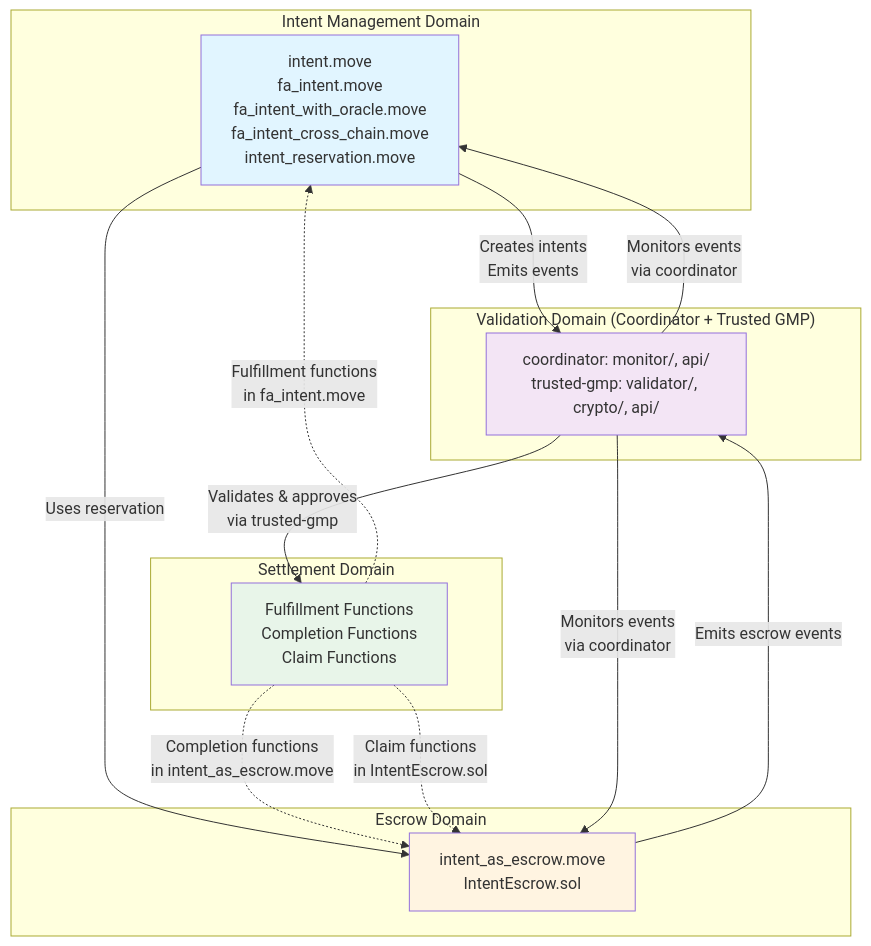
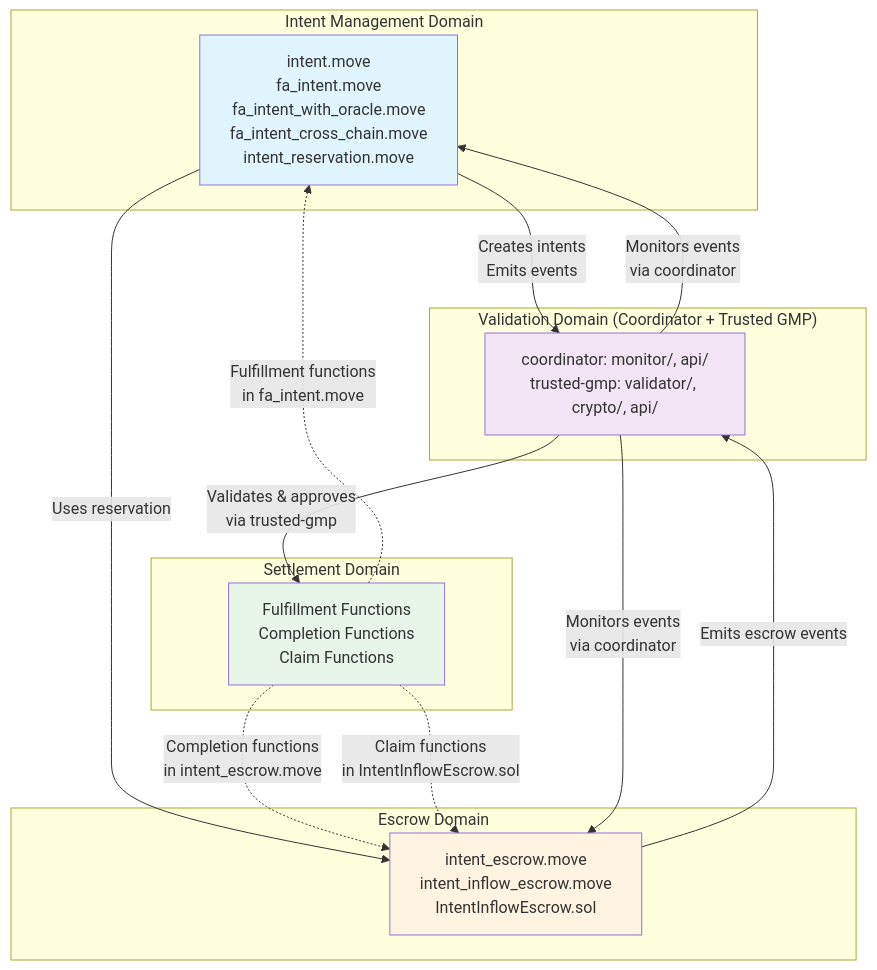
Before and after one commit to MoveIndustries/int3nts: the second of 2 diagrams in docs/architecture/architecture-component-mapping.md, drawn with Mermaid. The commit also changed other lines of this file and 62 other files, not shown here.

````diff
--- a/docs/architecture/architecture-component-mapping.md
+++ b/docs/architecture/architecture-component-mapping.md
@@ -57,33 +57,33 @@
 ```mermaid
 graph TB
     subgraph "Intent Management Domain"
         IM[intent.move<br/>fa_intent.move<br/>fa_intent_with_oracle.move<br/>fa_intent_cross_chain.move<br/>intent_reservation.move]
     end
     
     subgraph "Escrow Domain"
-        EM[intent_as_escrow.move<br/>IntentEscrow.sol]
+        EM[intent_escrow.move<br/>intent_inflow_escrow.move<br/>IntentInflowEscrow.sol]
     end
     
     subgraph "Settlement Domain"
         SM[Fulfillment Functions<br/>Completion Functions<br/>Claim Functions]
     end
     
     subgraph "Validation Domain (Coordinator + Trusted GMP)"
         VM[coordinator: monitor/, api/<br/>trusted-gmp: validator/, crypto/, api/]
     end
     
     IM -->|Creates intents<br/>Emits events| VM
     IM -->|Uses reservation| EM
     EM -->|Emits escrow events| VM
     SM -.->|Fulfillment functions<br/>in fa_intent.move| IM
-    SM -.->|Completion functions<br/>in intent_as_escrow.move| EM
-    SM -.->|Claim functions<br/>in IntentEscrow.sol| EM
+    SM -.->|Completion functions<br/>in intent_escrow.move| EM
+    SM -.->|Claim functions<br/>in IntentInflowEscrow.sol| EM
     VM -->|Validates & approves<br/>via trusted-gmp| SM
     VM -->|Monitors events<br/>via coordinator| IM
     VM -->|Monitors events<br/>via coordinator| EM
     
     style IM fill:#e1f5ff,color:#333
     style EM fill:#fff4e1,color:#333
     style SM fill:#e8f5e9,color:#333
     style VM fill:#f3e5f5,color:#333
 ```
````
